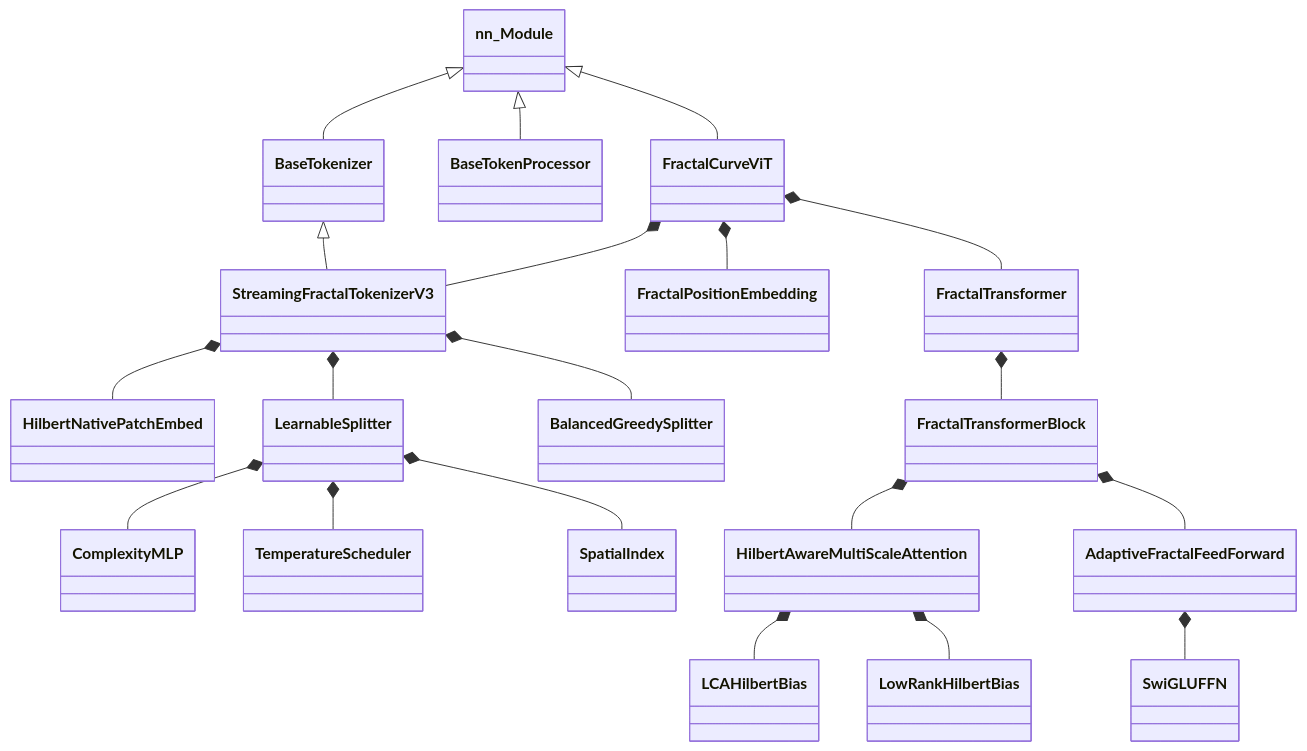
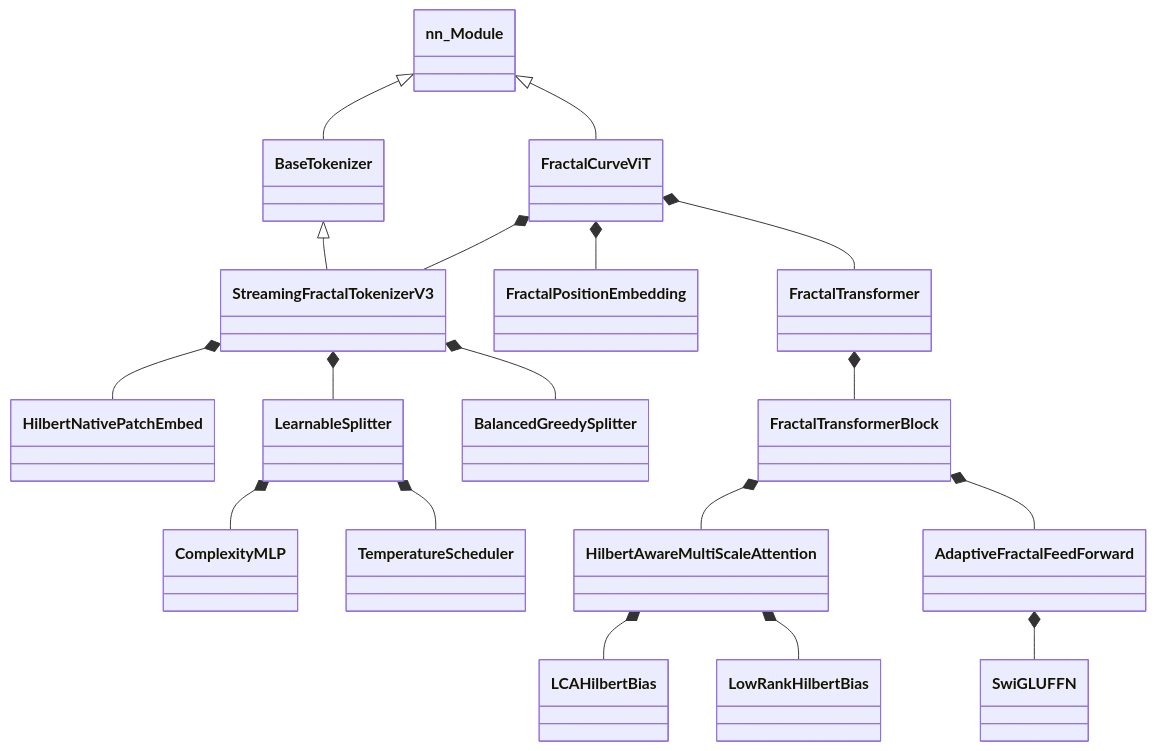
Before and after one commit to LoopyBrainie/fractal-curve-tokenizer: the diagram in documents/appendix.md, drawn with Mermaid. The commit also changed other lines of this file and 13 other files, not shown here.

Commit message:
Remove the "Learnable Splitter Design" document and update the appendix with class hierarchy, data flow, hyperparameter references, and mathematical notation. Enhance tokenizer and model initialization sections for clarity and consistency.

````diff
--- a/documents/appendix.md
+++ b/documents/appendix.md
@@ -5,28 +5,26 @@
 ```mermaid
 classDiagram
     nn_Module <|-- BaseTokenizer
-    nn_Module <|-- BaseTokenProcessor
     nn_Module <|-- FractalCurveViT
 
     BaseTokenizer <|-- StreamingFractalTokenizerV3
 
     FractalCurveViT *-- StreamingFractalTokenizerV3
     FractalCurveViT *-- FractalPositionEmbedding
     FractalCurveViT *-- FractalTransformer
 
     FractalTransformer *-- FractalTransformerBlock
     FractalTransformerBlock *-- HilbertAwareMultiScaleAttention
     FractalTransformerBlock *-- AdaptiveFractalFeedForward
 
     HilbertAwareMultiScaleAttention *-- LCAHilbertBias
     HilbertAwareMultiScaleAttention *-- LowRankHilbertBias
     AdaptiveFractalFeedForward *-- SwiGLUFFN
     
     StreamingFractalTokenizerV3 *-- HilbertNativePatchEmbed
     StreamingFractalTokenizerV3 *-- LearnableSplitter
     StreamingFractalTokenizerV3 *-- BalancedGreedySplitter
     
     LearnableSplitter *-- ComplexityMLP
     LearnableSplitter *-- TemperatureScheduler
-    LearnableSplitter *-- SpatialIndex
 ```
````
